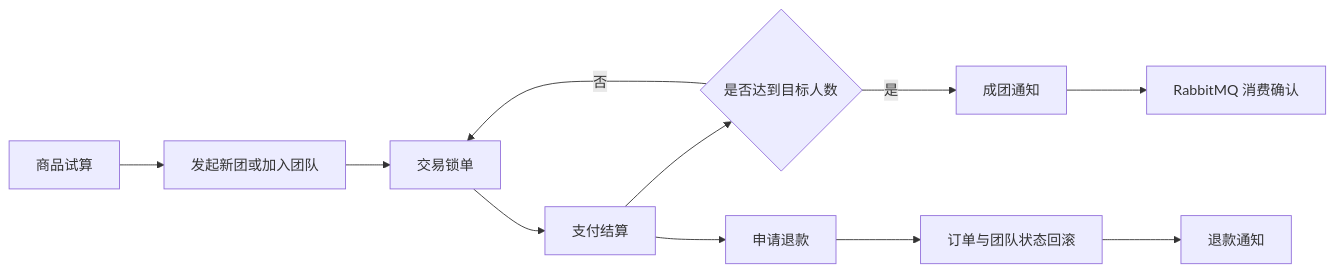
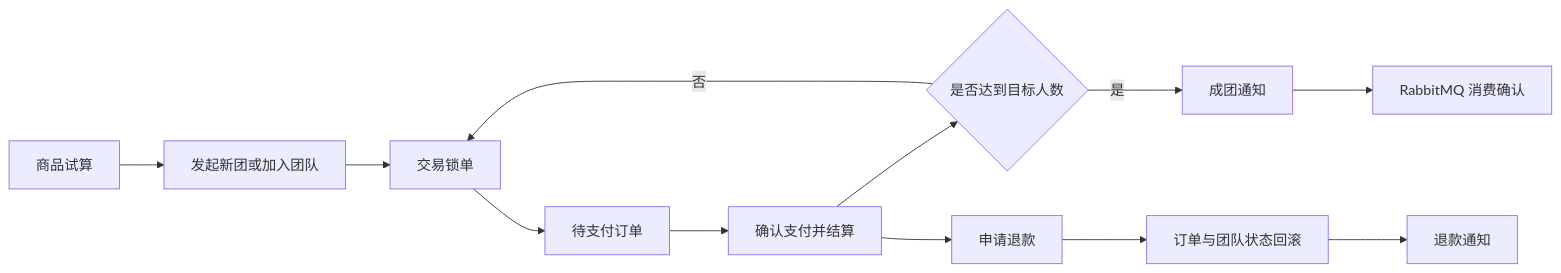
The diagram in README.md (YYDYPL/group-buy-market-study), drawn with Mermaid before and after one commit. The commit also changed other lines of this file and 87 other files, not shown here.

````diff
--- a/README.md
+++ b/README.md
@@ -31,13 +35,14 @@
 ```mermaid
 flowchart LR
     A["商品试算"] --> B["发起新团或加入团队"]
     B --> C["交易锁单"]
-    C --> D["支付结算"]
+    C --> C1["待支付订单"]
+    C1 --> D["确认支付并结算"]
     D --> E{"是否达到目标人数"}
     E -- "否" --> C
     E -- "是" --> F["成团通知"]
     F --> G["RabbitMQ 消费确认"]
     D --> H["申请退款"]
     H --> I["订单与团队状态回滚"]
     I --> J["退款通知"]
 ```
````
